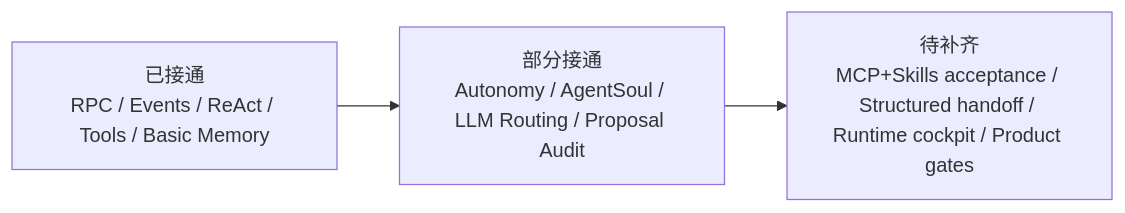
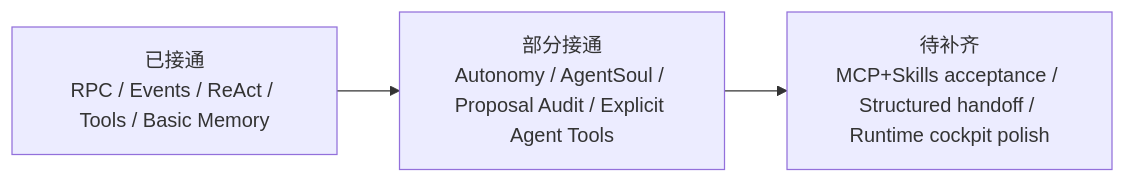
Before and after one commit to sunhy339/yuanbao_agent: the ninth of 12 diagrams in docs/YUANBAO_AGENT_DOCS_CONSOLIDATED.md, drawn with Mermaid. The commit also changed other lines of this file and 16 other files, not shown here.

````diff
--- a/docs/YUANBAO_AGENT_DOCS_CONSOLIDATED.md
+++ b/docs/YUANBAO_AGENT_DOCS_CONSOLIDATED.md
@@ -829,5 +837,5 @@
 ```mermaid
 flowchart LR
-  Done["已接通\nRPC / Events / ReAct / Tools / Basic Memory"] --> Partial["部分接通\nAutonomy / AgentSoul / LLM Routing / Proposal Audit"]
-  Partial --> Todo["待补齐\nMCP+Skills acceptance / Structured handoff / Runtime cockpit / Product gates"]
+  Done["已接通\nRPC / Events / ReAct / Tools / Basic Memory"] --> Partial["部分接通\nAutonomy / AgentSoul / Proposal Audit / Explicit Agent Tools"]
+  Partial --> Todo["待补齐\nMCP+Skills acceptance / Structured handoff / Runtime cockpit polish"]
 ```
````
